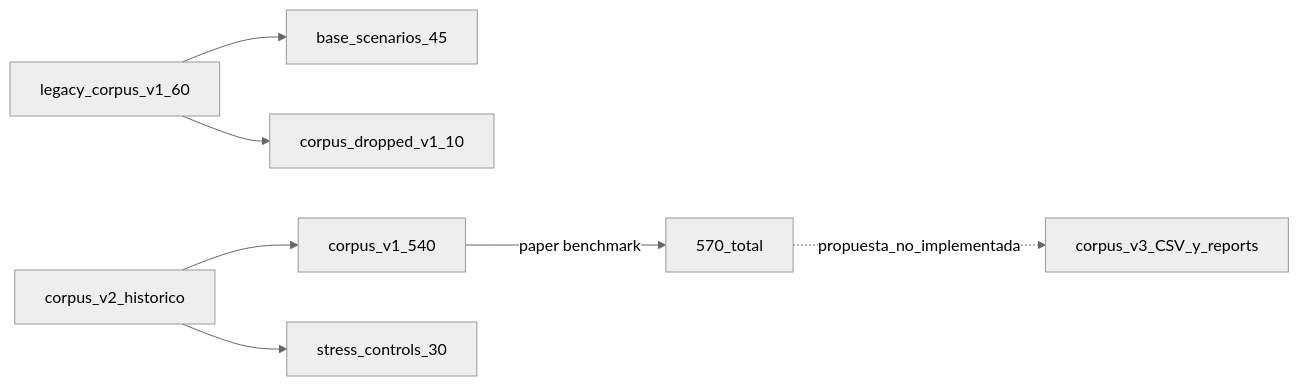
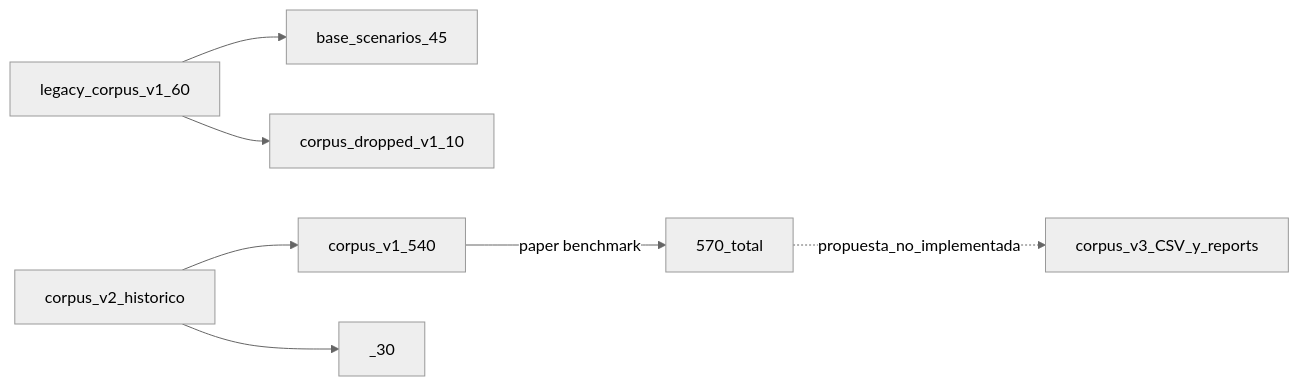
Before and after one commit to Radega1993/the-one-scenario-corpus: the diagram in INVENTARIO.md, drawn with Mermaid (neutral theme). The commit also changed other lines of this file and 1081 other files, not shown here.

````diff
--- a/INVENTARIO.md
+++ b/INVENTARIO.md
@@ -89,9 +89,9 @@
 ```mermaid
 flowchart LR
   legacy[legacy_corpus_v1_60] --> base[base_scenarios_45]
   tp[corpus_v2_historico] --> env[corpus_v1_540]
-  tp --> stress[stress_controls_30]
+  tp --> stress[_30]
   legacy --> dropped[corpus_dropped_v1_10]
   env -->|paper benchmark| combo[570_total]
   combo -.->|propuesta_no_implementada| v3plan[corpus_v3_CSV_y_reports]
 ```
````
